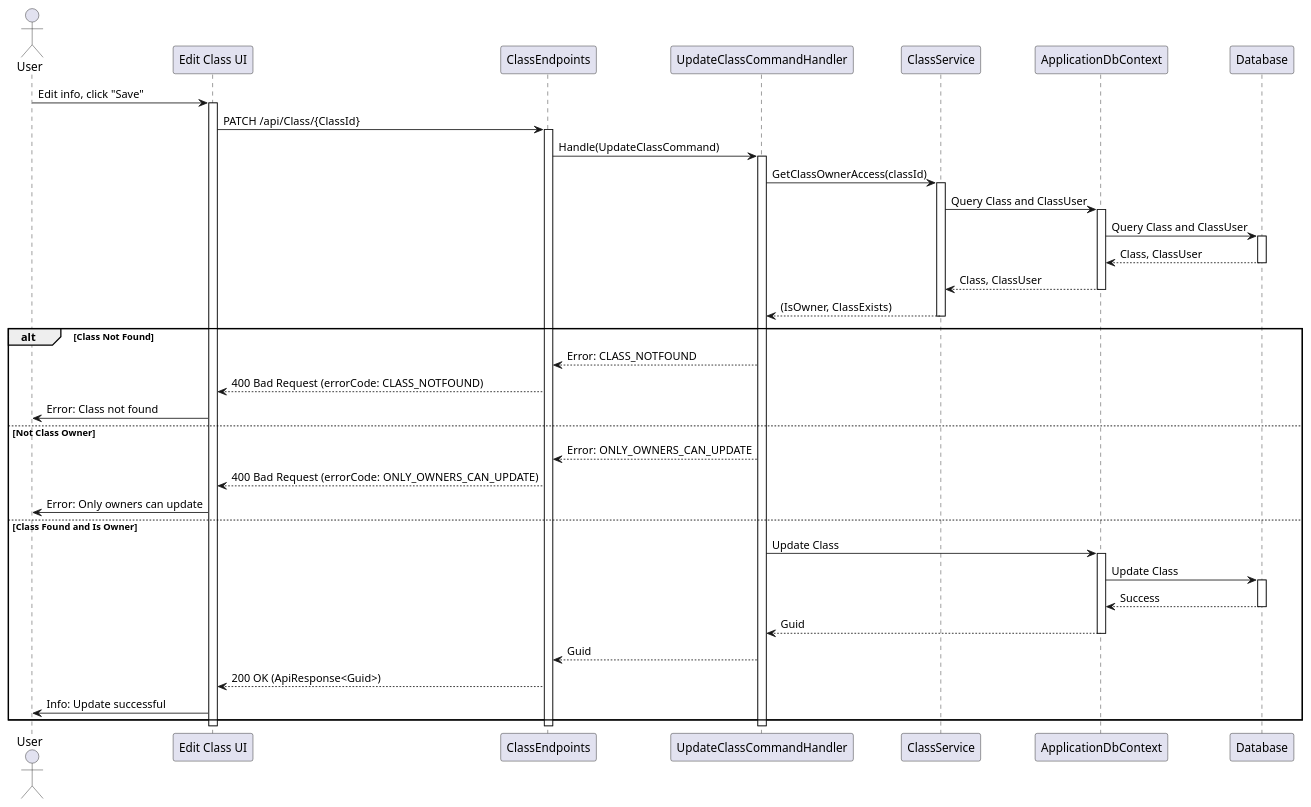
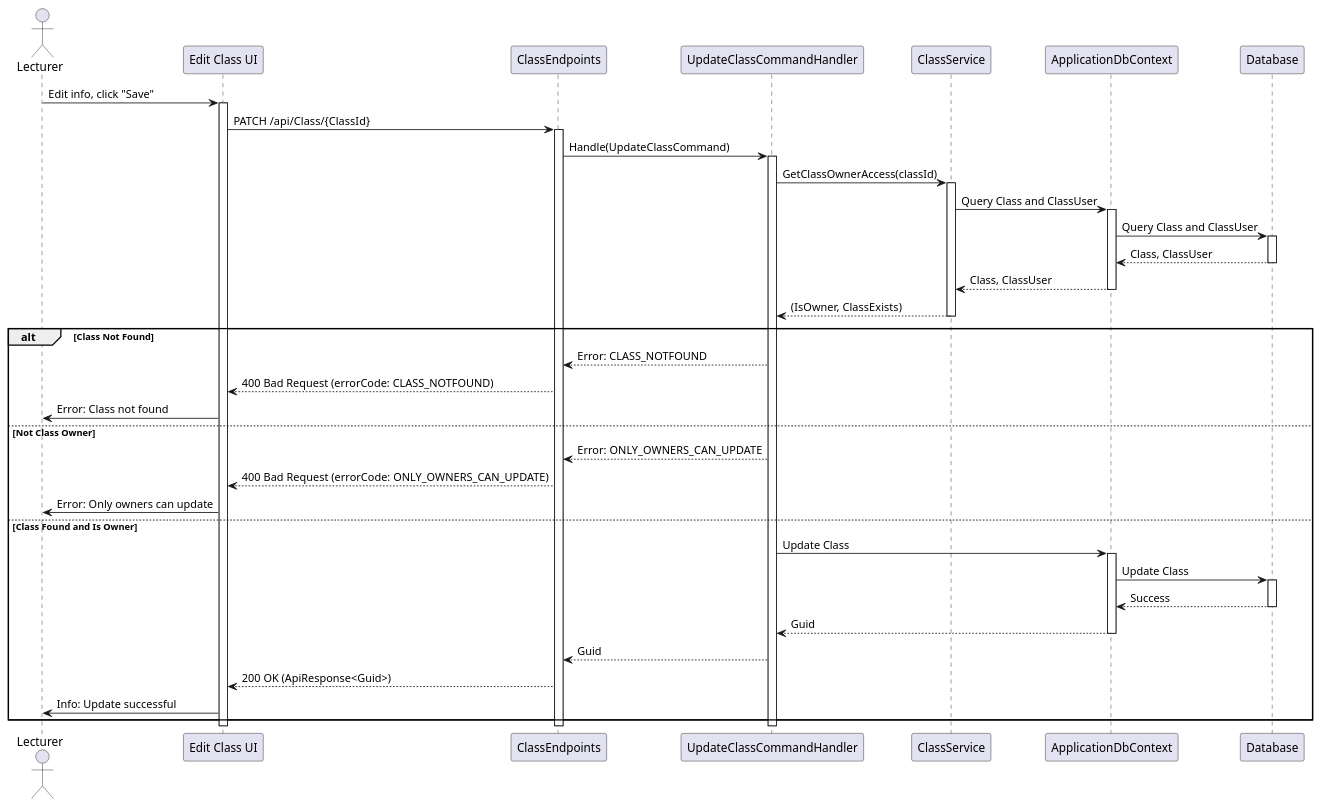
Before and after one commit to thanhkhac/SEP_Diagram: the diagram in classes/Sequence/UpdateClassCommand.puml, drawn with PlantUML. The commit also changed 30 other files, not shown here.

First line of the commit message:
Refactor sequence diagrams and update actor names

```diff
--- a/classes/Sequence/UpdateClassCommand.puml
+++ b/classes/Sequence/UpdateClassCommand.puml
@@ -1,52 +1,52 @@
 @startuml
-actor User
+actor "Lecturer" as User
 participant "Edit Class UI" as UI
 participant ClassEndpoints
 participant UpdateClassCommandHandler as Handler
 participant ClassService
 participant ApplicationDbContext
 participant Database
 
 User -> UI : Edit info, click "Save"
 activate UI
 UI -> ClassEndpoints : PATCH /api/Class/{ClassId}
 activate ClassEndpoints
 ClassEndpoints -> Handler : Handle(UpdateClassCommand)
 activate Handler
 Handler -> ClassService : GetClassOwnerAccess(classId)
 activate ClassService
 ClassService -> ApplicationDbContext : Query Class and ClassUser
 activate ApplicationDbContext
 ApplicationDbContext -> Database : Query Class and ClassUser
 activate Database
 Database --> ApplicationDbContext : Class, ClassUser
 deactivate Database
 ApplicationDbContext --> ClassService : Class, ClassUser
 deactivate ApplicationDbContext
 ClassService --> Handler : (IsOwner, ClassExists)
 deactivate ClassService
 alt Class Not Found
     Handler --> ClassEndpoints : Error: CLASS_NOTFOUND
     ClassEndpoints --> UI : 400 Bad Request (errorCode: CLASS_NOTFOUND)
     UI -> User : Error: Class not found
 else Not Class Owner
     Handler --> ClassEndpoints : Error: ONLY_OWNERS_CAN_UPDATE
     ClassEndpoints --> UI : 400 Bad Request (errorCode: ONLY_OWNERS_CAN_UPDATE)
     UI -> User : Error: Only owners can update
 else Class Found and Is Owner
     Handler -> ApplicationDbContext : Update Class
     activate ApplicationDbContext
     ApplicationDbContext -> Database : Update Class
     activate Database
     Database --> ApplicationDbContext : Success
     deactivate Database
     ApplicationDbContext --> Handler : Guid
     deactivate ApplicationDbContext
     Handler --> ClassEndpoints : Guid
     ClassEndpoints --> UI : 200 OK (ApiResponse<Guid>)
     UI -> User : Info: Update successful
 end
 deactivate Handler
 deactivate ClassEndpoints
 deactivate UI
 @enduml
```
